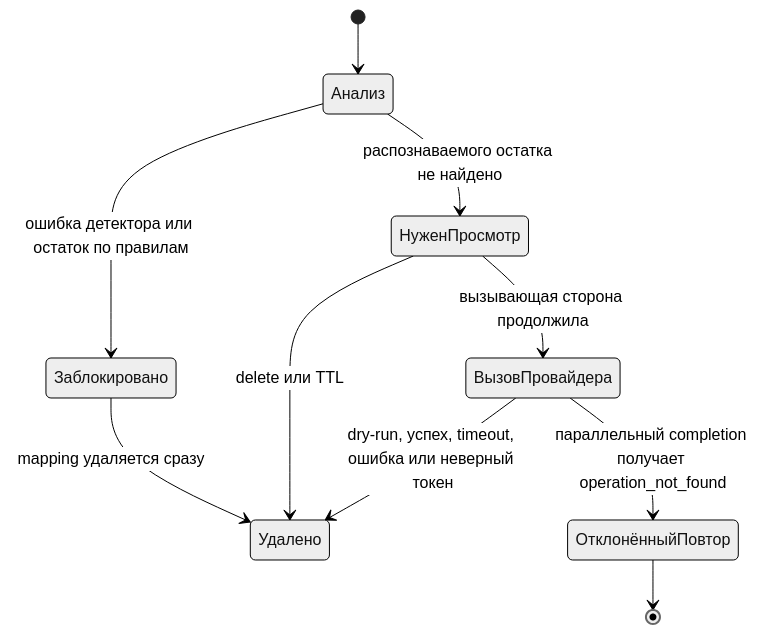
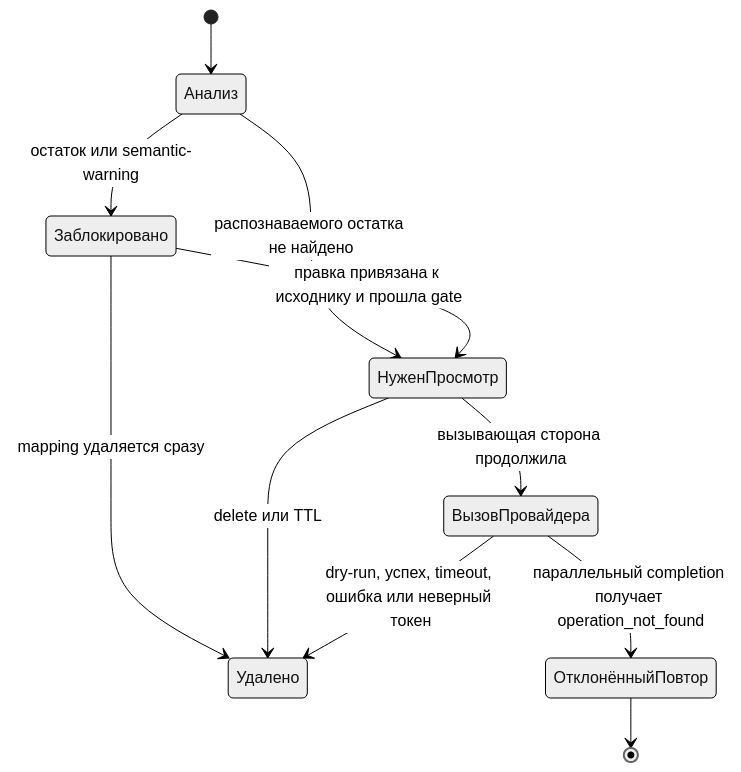
One commit to AI-Danil/pii-airlock changed the diagram in docs/architecture.ru.md. Above: the diagram before and after it, drawn with Mermaid (neutral theme). The commit also changed other lines of this file and 43 other files, not shown here.

````diff
--- a/docs/architecture.ru.md
+++ b/docs/architecture.ru.md
@@ -21,12 +24,13 @@
 ```mermaid
 stateDiagram-v2
     [*] --> Анализ
-    Анализ --> Заблокировано: ошибка детектора или остаток по правилам
+    Анализ --> Заблокировано: остаток или semantic-warning
     Анализ --> НуженПросмотр: распознаваемого остатка не найдено
+    Заблокировано --> НуженПросмотр: правка привязана к исходнику и прошла gate
     Заблокировано --> Удалено: mapping удаляется сразу
     НуженПросмотр --> Удалено: delete или TTL
     НуженПросмотр --> ВызовПровайдера: вызывающая сторона продолжила
     ВызовПровайдера --> ОтклонённыйПовтор: параллельный completion получает operation_not_found
     ВызовПровайдера --> Удалено: dry-run, успех, timeout, ошибка или неверный токен
     ОтклонённыйПовтор --> [*]
 ```
````
